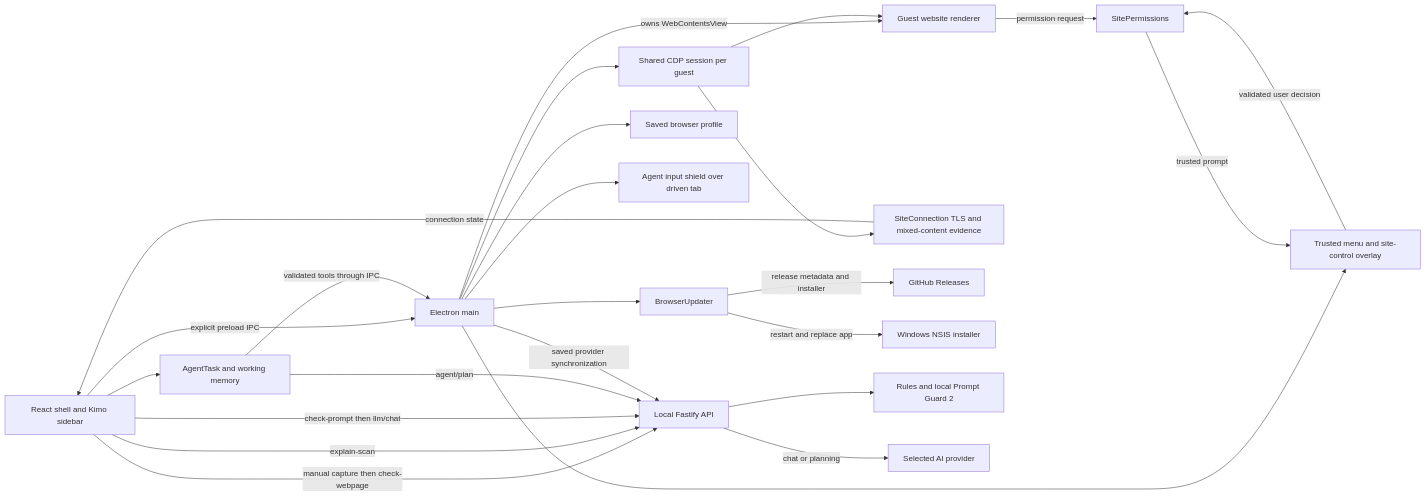
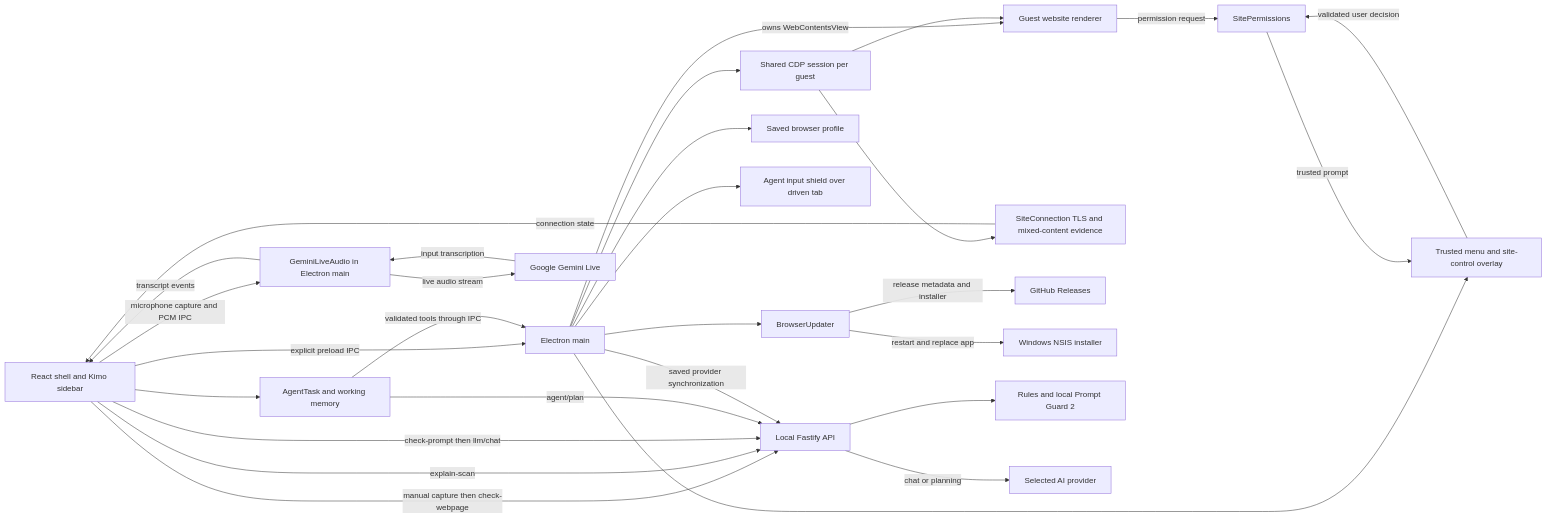
The diagram in ARCHITECTURE.md (Salmantahir002/Orbit-AI-browser), drawn with Mermaid before and after one commit. The commit also changed other lines of this file and 2 other files, not shown here.

````diff
--- a/ARCHITECTURE.md
+++ b/ARCHITECTURE.md
@@ -33,27 +34,31 @@
 ```mermaid
 flowchart LR
   UI[React shell and Kimo sidebar] -->|explicit preload IPC| MAIN[Electron main]
   MAIN -->|owns WebContentsView| PAGE[Guest website renderer]
   MAIN --> CDP[Shared CDP session per guest]
   CDP --> PAGE
   UI -->|manual capture then check-webpage| API[Local Fastify API]
   UI -->|explain-scan| API
   MAIN --> OVERLAY[Trusted menu and site-control overlay]
   MAIN --> PROFILE[Saved browser profile]
   PAGE -->|permission request| PERMISSIONS[SitePermissions]
   PERMISSIONS -->|trusted prompt| OVERLAY
   OVERLAY -->|validated user decision| PERMISSIONS
   CDP --> CONNECTION[SiteConnection TLS and mixed-content evidence]
   CONNECTION -->|connection state| UI
   MAIN --> SHIELD[Agent input shield over driven tab]
   UI -->|check-prompt then llm/chat| API
   LOOP[AgentTask and working memory] -->|agent/plan| API
   UI --> LOOP
   LOOP -->|validated tools through IPC| MAIN
   MAIN -->|saved provider synchronization| API
+  UI -->|microphone capture and PCM IPC| AUDIO[GeminiLiveAudio in Electron main]
+  AUDIO -->|live audio stream| GEMINI[Google Gemini Live]
+  GEMINI -->|input transcription| AUDIO
+  AUDIO -->|transcript events| UI
   MAIN --> UPDATE[BrowserUpdater]
   UPDATE -->|release metadata and installer| RELEASE[GitHub Releases]
   UPDATE -->|restart and replace app| SETUP[Windows NSIS installer]
   API --> DETECT[Rules and local Prompt Guard 2]
   API -->|chat or planning| LLM[Selected AI provider]
 ```
````
